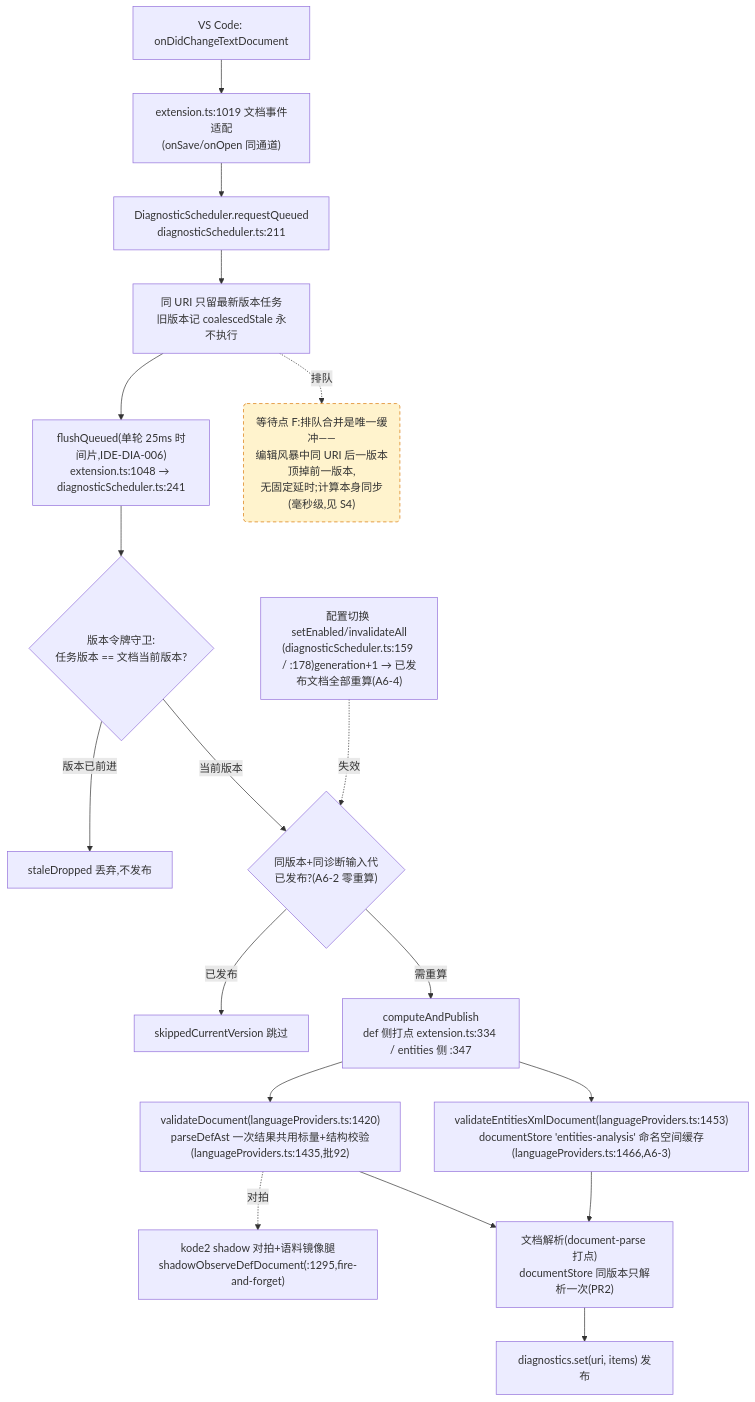
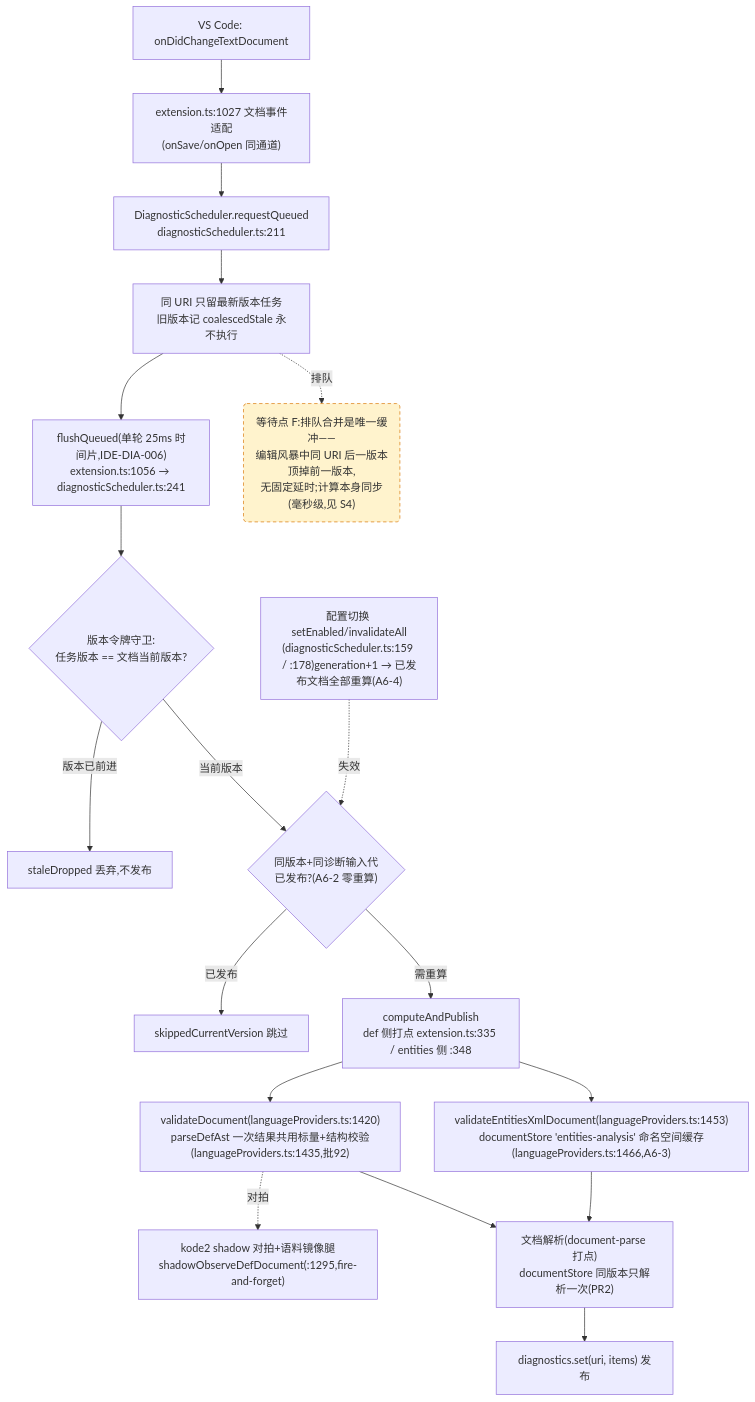
Before and after one commit to cuihairu/kode: the fourth of 4 diagrams in docs/perf/2026-baseline.md, drawn with Mermaid. The commit also changed other lines of this file and 8 other files, not shown here.

````diff
--- a/docs/perf/2026-baseline.md
+++ b/docs/perf/2026-baseline.md
@@ -214,38 +214,38 @@
 ```mermaid
 flowchart TD
   CHG["VS Code: onDidChangeTextDocument"]
-  WATCH["extension.ts:1019 文档事件适配<br/>(onSave/onOpen 同通道)"]
+  WATCH["extension.ts:1027 文档事件适配<br/>(onSave/onOpen 同通道)"]
   RQ["DiagnosticScheduler.requestQueued<br/>diagnosticScheduler.ts:211"]
   CO["同 URI 只留最新版本任务<br/>旧版本记 coalescedStale 永不执行"]
-  FL["flushQueued(单轮 25ms 时间片,IDE-DIA-006)<br/>extension.ts:1048 → diagnosticScheduler.ts:241"]
+  FL["flushQueued(单轮 25ms 时间片,IDE-DIA-006)<br/>extension.ts:1056 → diagnosticScheduler.ts:241"]
   VG{"版本令牌守卫:<br/>任务版本 == 文档当前版本?"}
   DROP["staleDropped 丢弃,不发布"]
   GEN{"同版本+同诊断输入代<br/>已发布?(A6-2 零重算)"}
   SKIP["skippedCurrentVersion 跳过"]
-  CALC["computeAndPublish<br/>def 侧打点 extension.ts:334 / entities 侧 :347"]
+  CALC["computeAndPublish<br/>def 侧打点 extension.ts:335 / entities 侧 :348"]
   VD["validateDocument(languageProviders.ts:1420)<br/>parseDefAst 一次结果共用标量+结构校验(languageProviders.ts:1435,批92)"]
   VEX["validateEntitiesXmlDocument(languageProviders.ts:1453)<br/>documentStore 'entities-analysis' 命名空间缓存(languageProviders.ts:1466,A6-3)"]
   SHDD["kode2 shadow 对拍+语料镜像腿<br/>shadowObserveDefDocument(:1295,fire-and-forget)"]
   DS["文档解析(document-parse 打点)<br/>documentStore 同版本只解析一次(PR2)"]
   PUB["diagnostics.set(uri, items) 发布"]
   CFG2["配置切换 setEnabled/invalidateAll<br/>(diagnosticScheduler.ts:159 / :178)generation+1 → 已发布文档全部重算(A6-4)"]
 
   CHG --> WATCH --> RQ --> CO --> FL --> VG
   VG -- "版本已前进" --> DROP
   VG -- "当前版本" --> GEN
   GEN -- "已发布" --> SKIP
   GEN -- "需重算" --> CALC
   CALC --> VD
   CALC --> VEX
   VD --> DS
   VEX --> DS
   DS --> PUB
   VD -.->|对拍| SHDD
   CFG2 -.->|失效| GEN
 
   WAITF("等待点 F:排队合并是唯一缓冲——<br/>编辑风暴中同 URI 后一版本顶掉前一版本,<br/>无固定延时;计算本身同步(毫秒级,见 S4)")
   CO -.->|排队| WAITF
 
   classDef waitPoint fill:#fff3cd,stroke:#d97706,stroke-dasharray:5 4;
   class WAITF waitPoint;
 ```
````
